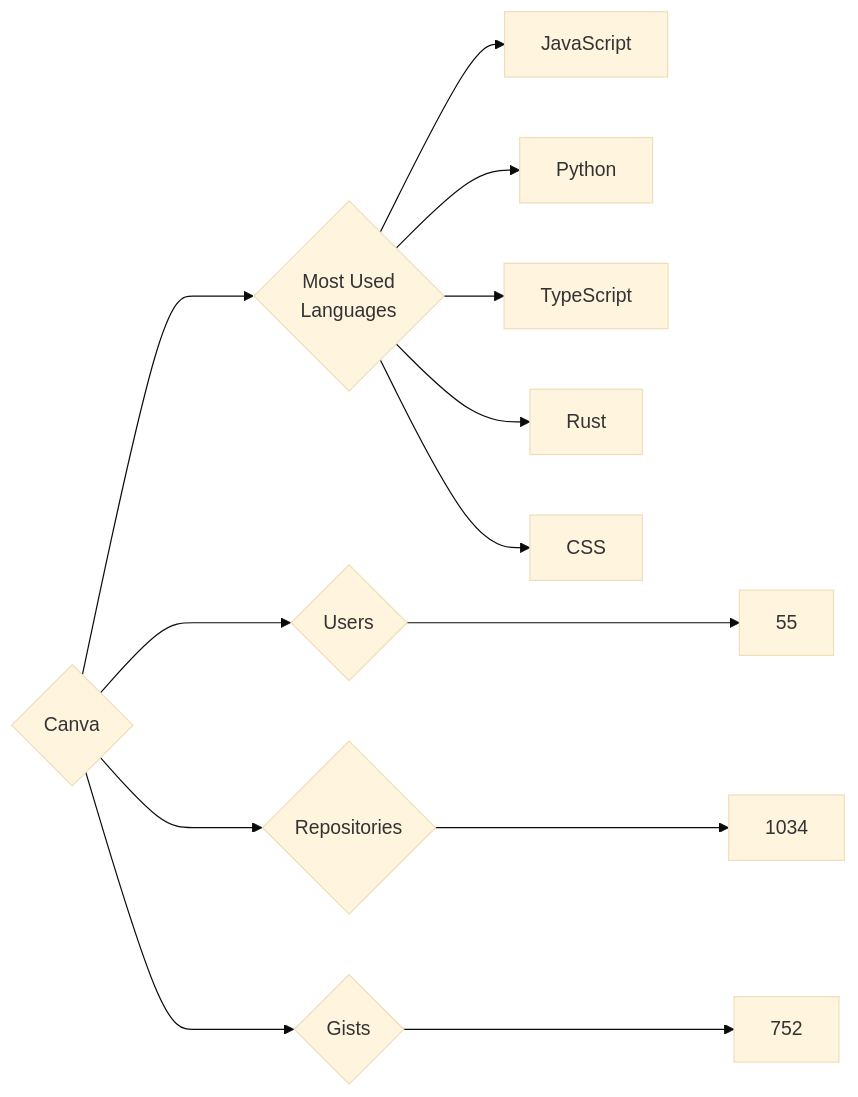
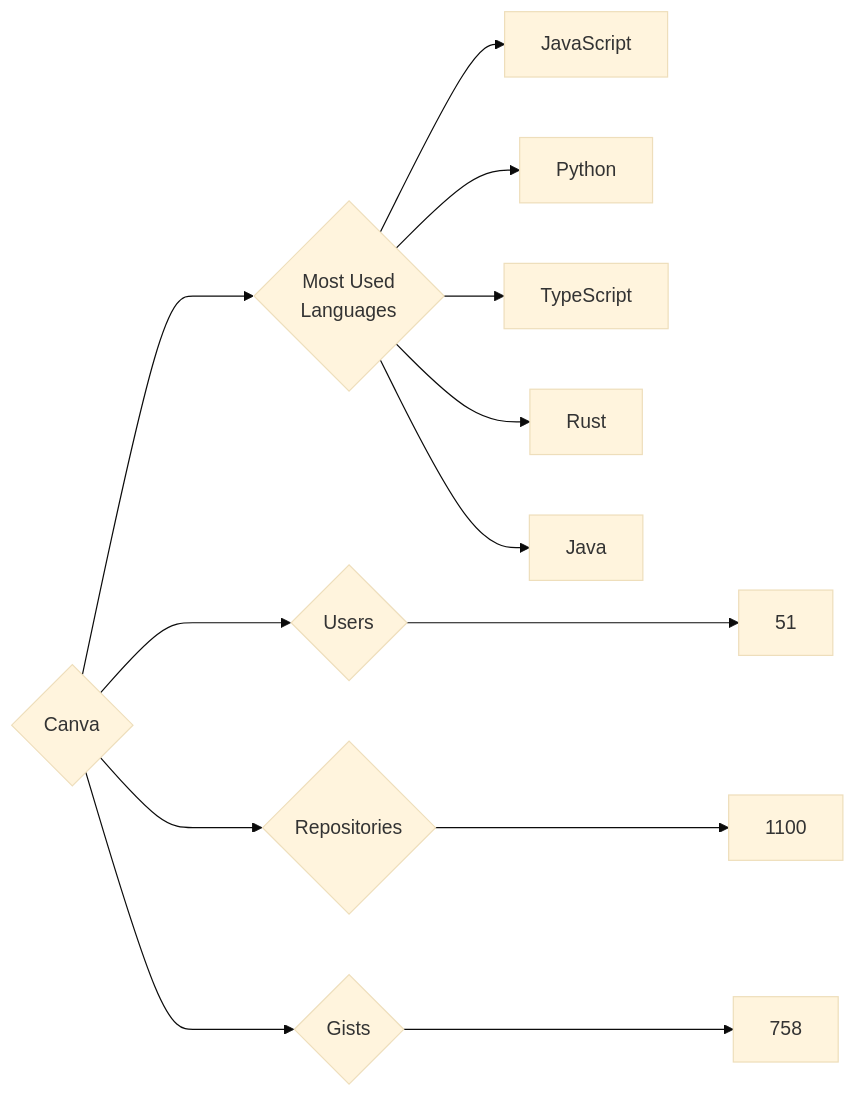
Before and after one commit to trickest/insiders: the diagram in targets/Canva/README.md, drawn with Mermaid (base theme). The commit also changed 837 other files, not shown here.

````diff
--- a/targets/Canva/README.md
+++ b/targets/Canva/README.md
@@ -3,13 +3,13 @@
 ```mermaid
 graph LR
 COMPANY_NAME{Canva}
-COMPANY_NAME ---> U{Users} ---> UN[55]
-COMPANY_NAME ---> R{Repositories} ---> RN[1034]
-COMPANY_NAME ---> G{Gists} ---> GN[752]
+COMPANY_NAME ---> U{Users} ---> UN[51]
+COMPANY_NAME ---> R{Repositories} ---> RN[1100]
+COMPANY_NAME ---> G{Gists} ---> GN[758]
 COMPANY_NAME ---> ML{Most Used<br>Languages}
 ML --> JavaScript[JavaScript]
 ML --> Python[Python]
 ML --> TypeScript[TypeScript]
 ML --> Rust[Rust]
-ML --> CSS[CSS]
+ML --> Java[Java]
 ```
````
